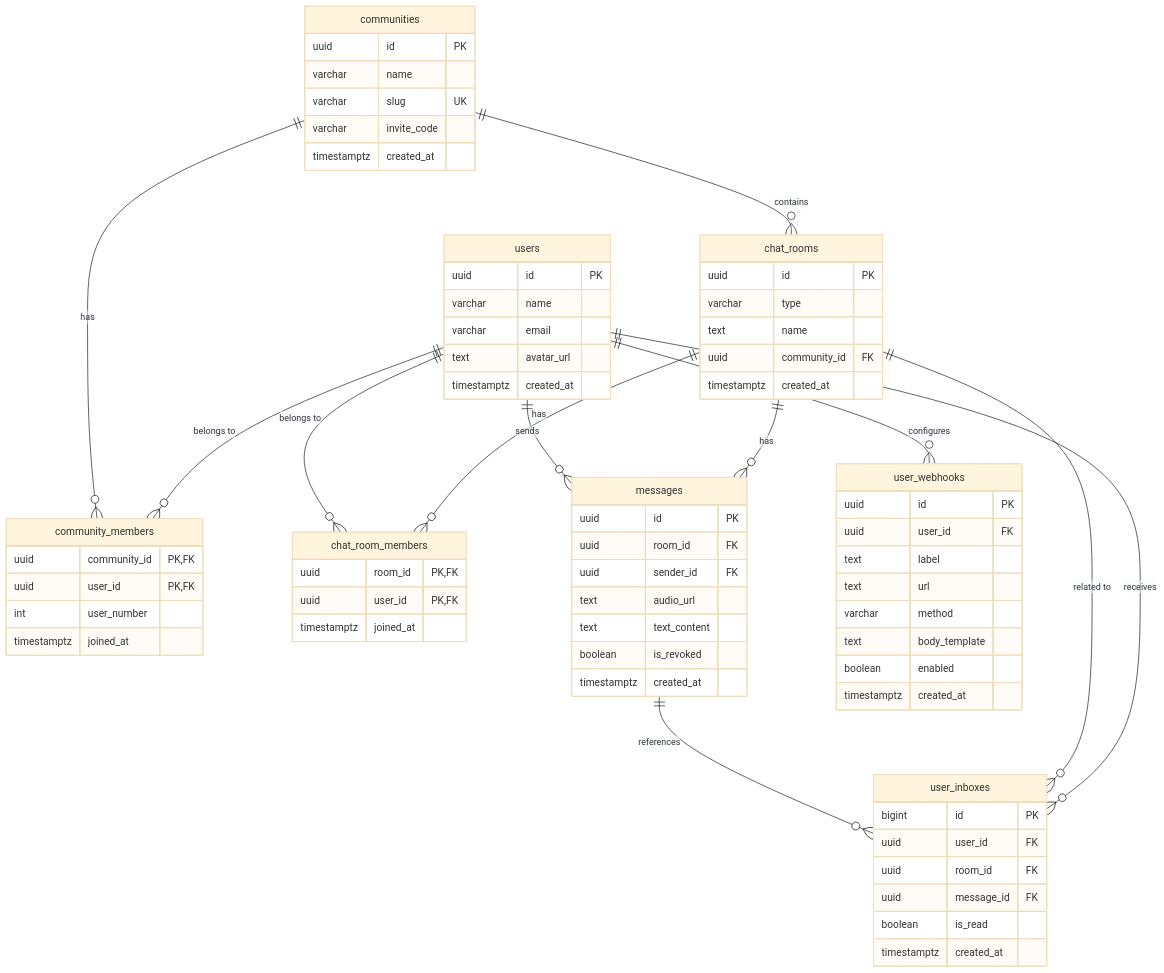
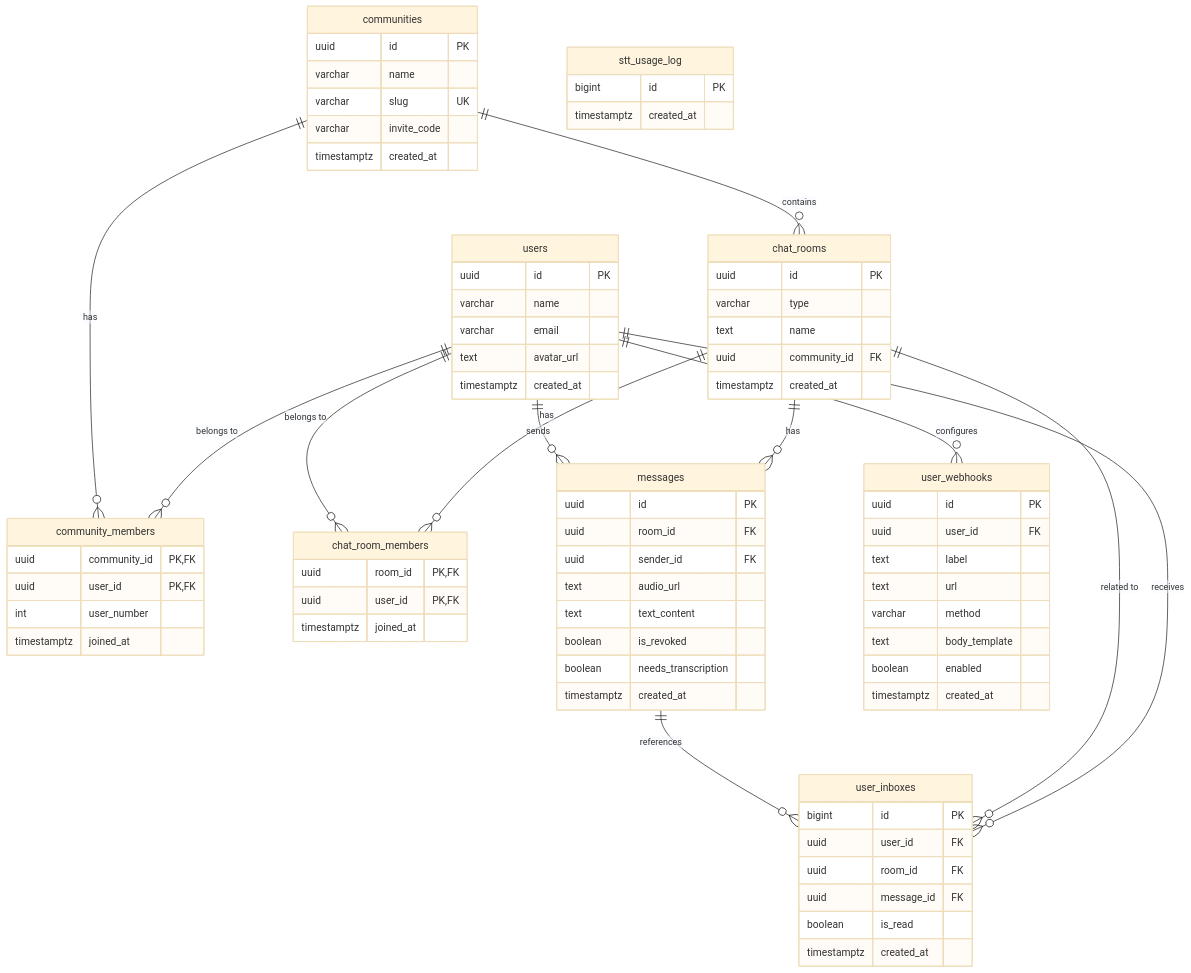
The diagram in docs/database_design.md (jun8k2003/Chatransceiver), drawn with Mermaid (base theme) before and after one commit. The commit also changed other lines of this file and 7 other files, not shown here.

```diff
--- a/docs/database_design.md
+++ b/docs/database_design.md
@@ -50,6 +50,12 @@
         text audio_url
         text text_content
         boolean is_revoked
+        boolean needs_transcription
+        timestamptz created_at
+    }
+
+    stt_usage_log {
+        bigint id PK
         timestamptz created_at
     }
 
```
